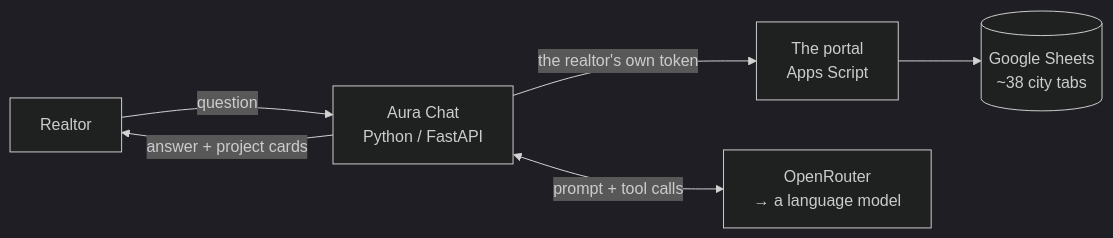
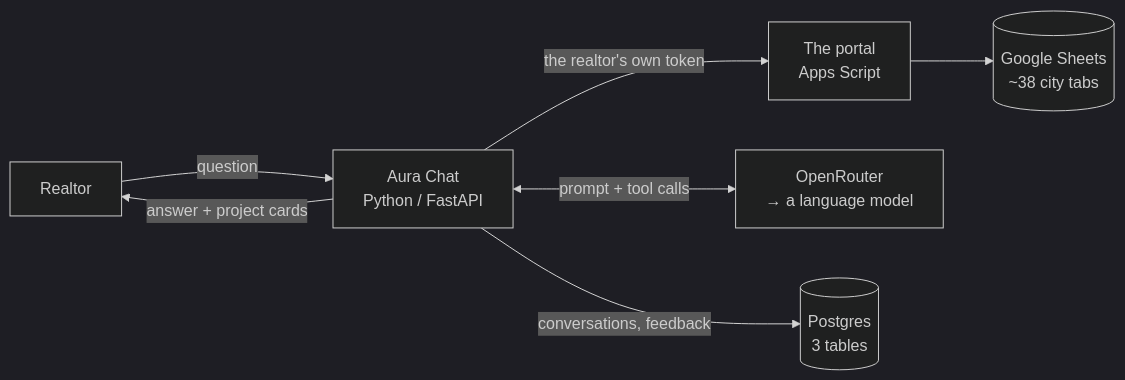
Before and after one commit to aurakeyrealty/Realtor-Portal: the first of 14 diagrams in docs/aura-chat/how-it-works.md, drawn with Mermaid (dark theme). The commit also changed other lines of this file and 4 other files, not shown here.

````diff
--- a/docs/aura-chat/how-it-works.md
+++ b/docs/aura-chat/how-it-works.md
@@ -42,8 +49,9 @@
 ```mermaid
 flowchart LR
     R["Realtor"] -->|question| A["Aura Chat<br/>Python / FastAPI"]
     A -->|"the realtor's own token"| P["The portal<br/>Apps Script"]
     P --> S[("Google Sheets<br/>~38 city tabs")]
     A <-->|"prompt + tool calls"| M["OpenRouter<br/>→ a language model"]
+    A -->|"conversations, feedback"| D[("Postgres<br/>3 tables")]
     A -->|"answer + project cards"| R
 ```
````
